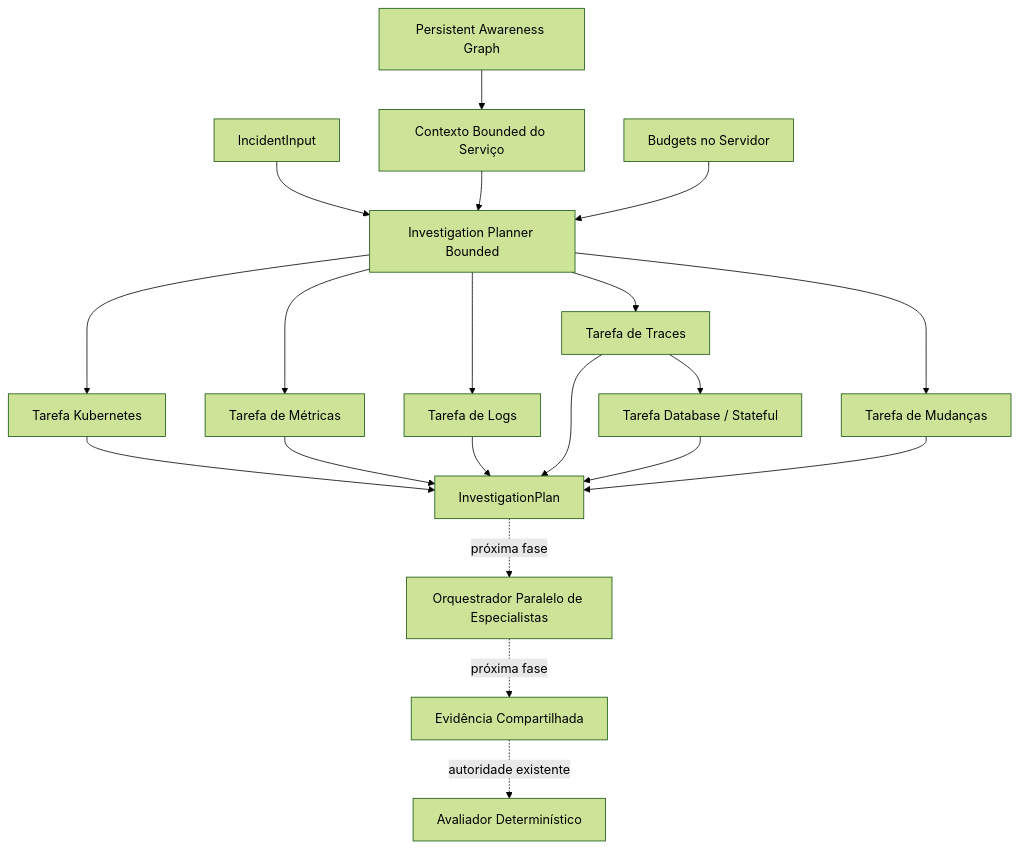
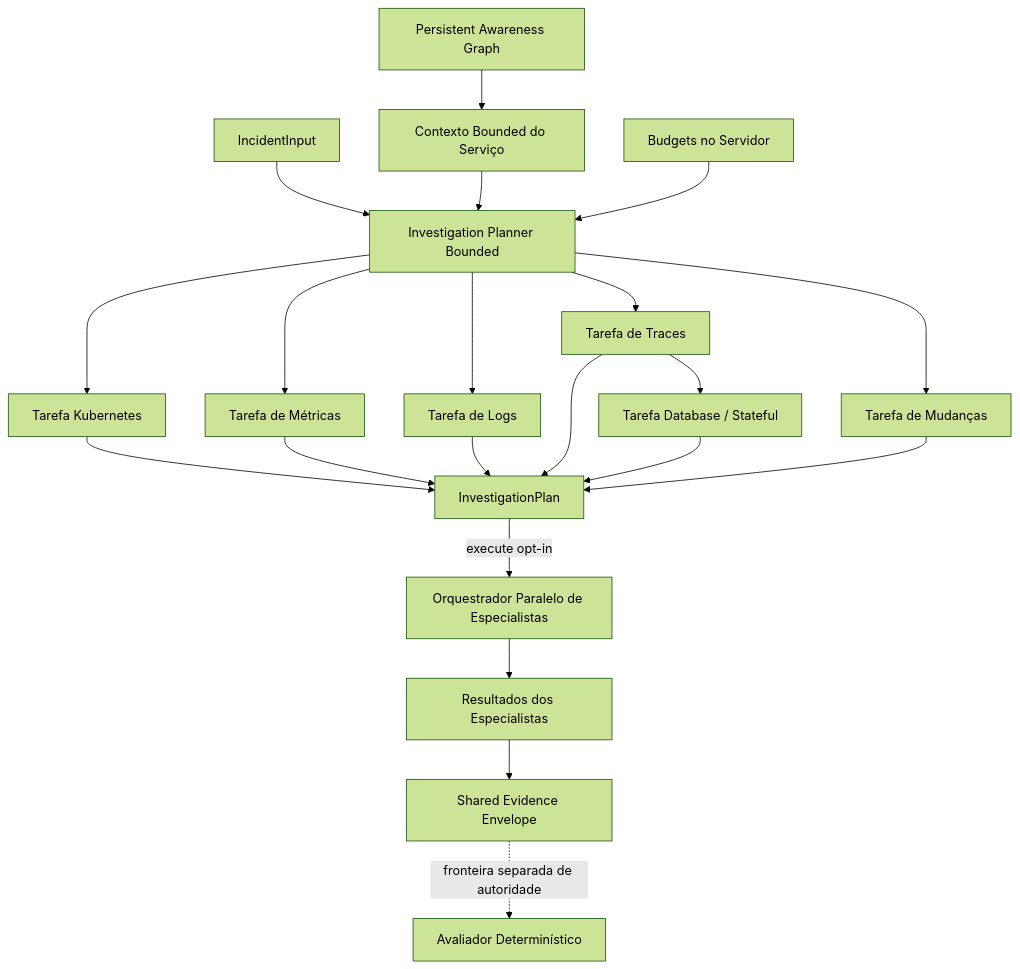
The diagram in docs/agentic-investigation.pt-BR.md (marcocristofolini/ai-sre-rca), drawn with Mermaid (forest theme) before and after one commit. The commit also changed other lines of this file and 19 other files, not shown here.

```diff
--- a/docs/agentic-investigation.pt-BR.md
+++ b/docs/agentic-investigation.pt-BR.md
@@ -31,25 +31,26 @@
 ~~~mermaid
 flowchart TD
     I[IncidentInput] --> P[Investigation Planner Bounded]
     G[Persistent Awareness Graph] --> C[Contexto Bounded do Serviço]
     C --> P
     S[Budgets no Servidor] --> P
 
     P --> K[Tarefa Kubernetes]
     P --> M[Tarefa de Métricas]
     P --> L[Tarefa de Logs]
     P --> T[Tarefa de Traces]
     T --> D[Tarefa Database / Stateful]
     P --> CH[Tarefa de Mudanças]
 
     K --> OUT[InvestigationPlan]
     M --> OUT
     L --> OUT
     T --> OUT
     D --> OUT
     CH --> OUT
 
-    OUT -. próxima fase .-> ORCH[Orquestrador Paralelo de Especialistas]
-    ORCH -. próxima fase .-> EV[Evidência Compartilhada]
-    EV -. autoridade existente .-> DET[Avaliador Determinístico]
+    OUT -->|execute opt-in| ORCH[Orquestrador Paralelo de Especialistas]
+    ORCH --> SE[Resultados dos Especialistas]
+    SE --> EV[Shared Evidence Envelope]
+    EV -. fronteira separada de autoridade .-> DET[Avaliador Determinístico]
 ~~~
```
